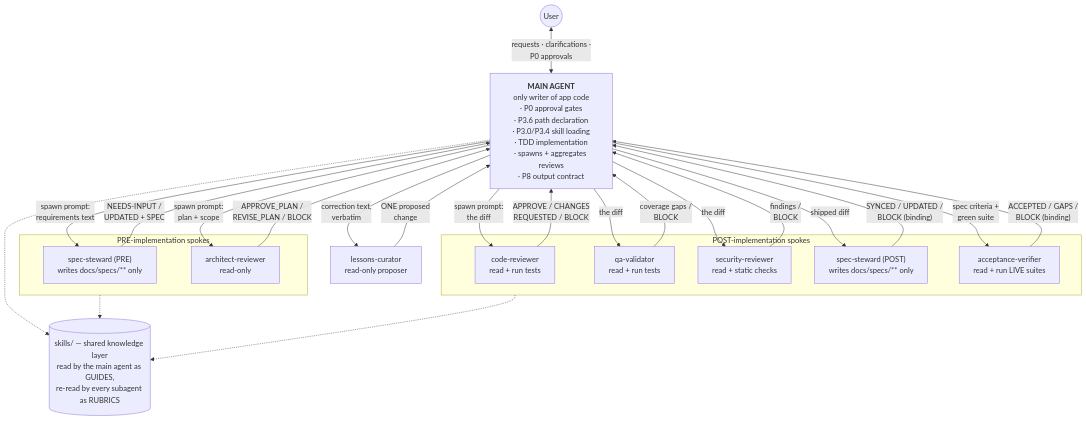
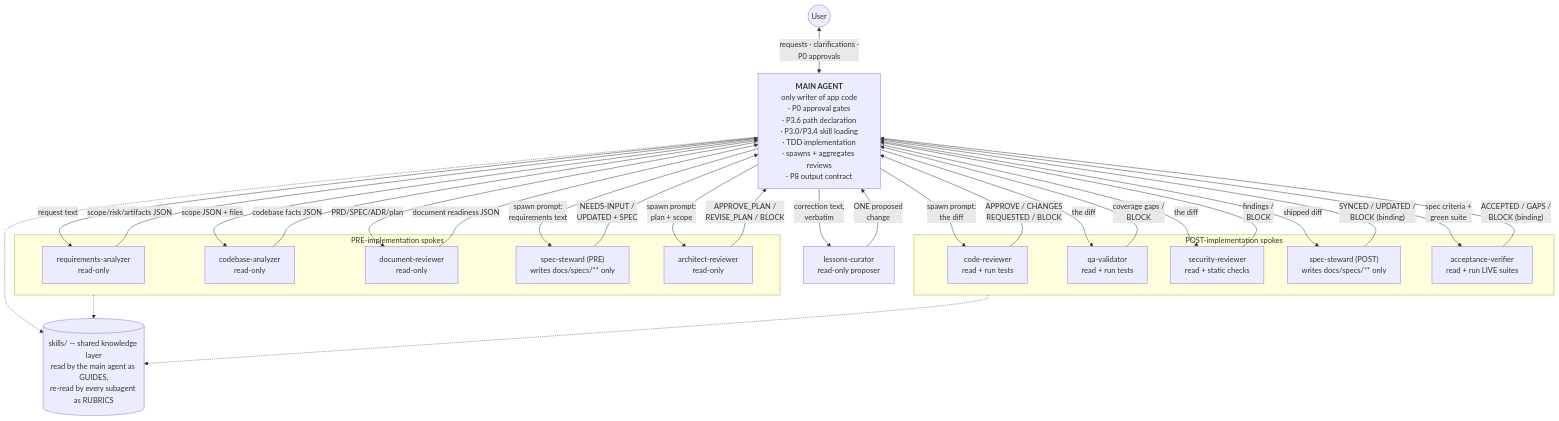
Before and after one commit to TierOne-Studio/llm-harness-fullstack: the first of 7 diagrams in docs/AGENTS-AND-SKILLS.md, drawn with Mermaid. The commit also changed other lines of this file and 7 other files, not shown here.

````diff
--- a/docs/AGENTS-AND-SKILLS.md
+++ b/docs/AGENTS-AND-SKILLS.md
@@ -26,34 +26,40 @@
 ```mermaid
 flowchart TB
     U((User))
     M["<b>MAIN AGENT</b><br/>only writer of app code<br/>· P0 approval gates<br/>· P3.6 path declaration<br/>· P3.0/P3.4 skill loading<br/>· TDD implementation<br/>· spawns + aggregates reviews<br/>· P8 output contract"]
 
     U <-->|"requests · clarifications ·<br/>P0 approvals"| M
 
     subgraph PRE["PRE-implementation spokes"]
+        RA["requirements-analyzer<br/>read-only"]
+        CA["codebase-analyzer<br/>read-only"]
+        DR["document-reviewer<br/>read-only"]
         SS1["spec-steward (PRE)<br/>writes docs/specs/** only"]
         AR["architect-reviewer<br/>read-only"]
     end
     subgraph POST["POST-implementation spokes"]
         CR["code-reviewer<br/>read + run tests"]
         QA["qa-validator<br/>read + run tests"]
         SEC["security-reviewer<br/>read + static checks"]
         SS2["spec-steward (POST)<br/>writes docs/specs/** only"]
         AV["acceptance-verifier<br/>read + run LIVE suites"]
     end
     LC["lessons-curator<br/>read-only proposer"]
 
+    M -->|"request text"| RA -->|"scope/risk/artifacts JSON"| M
+    M -->|"scope JSON + files"| CA -->|"codebase facts JSON"| M
+    M -->|"PRD/SPEC/ADR/plan"| DR -->|"document readiness JSON"| M
     M -->|"spawn prompt:<br/>plan + scope"| AR -->|"APPROVE_PLAN /<br/>REVISE_PLAN / BLOCK"| M
     M -->|"spawn prompt:<br/>requirements text"| SS1 -->|"NEEDS-INPUT /<br/>UPDATED + SPEC"| M
     M -->|"spawn prompt:<br/>the diff"| CR -->|"APPROVE / CHANGES<br/>REQUESTED / BLOCK"| M
     M -->|"the diff"| QA -->|"coverage gaps /<br/>BLOCK"| M
     M -->|"the diff"| SEC -->|"findings /<br/>BLOCK"| M
     M -->|"shipped diff"| SS2 -->|"SYNCED / UPDATED /<br/>BLOCK (binding)"| M
     M -->|"spec criteria +<br/>green suite"| AV -->|"ACCEPTED / GAPS /<br/>BLOCK (binding)"| M
     M -->|"correction text,<br/>verbatim"| LC -->|"ONE proposed<br/>change"| M
 
     SKL[("skills/ — shared knowledge layer<br/>read by the main agent as GUIDES,<br/>re-read by every subagent as RUBRICS")]
     M -.-> SKL
     PRE -.-> SKL
     POST -.-> SKL
 ```
````
